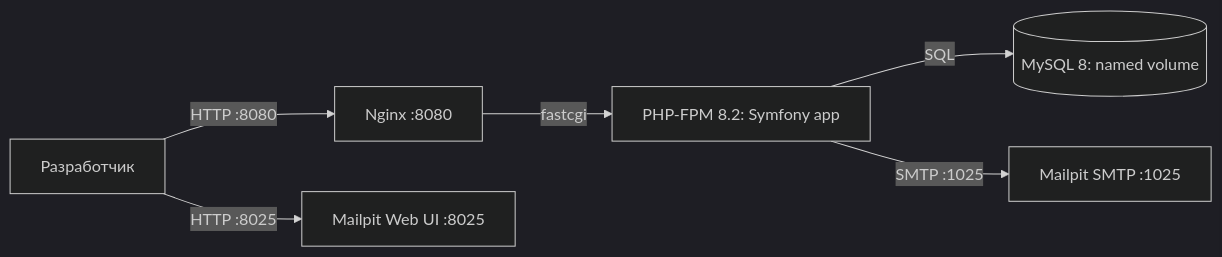
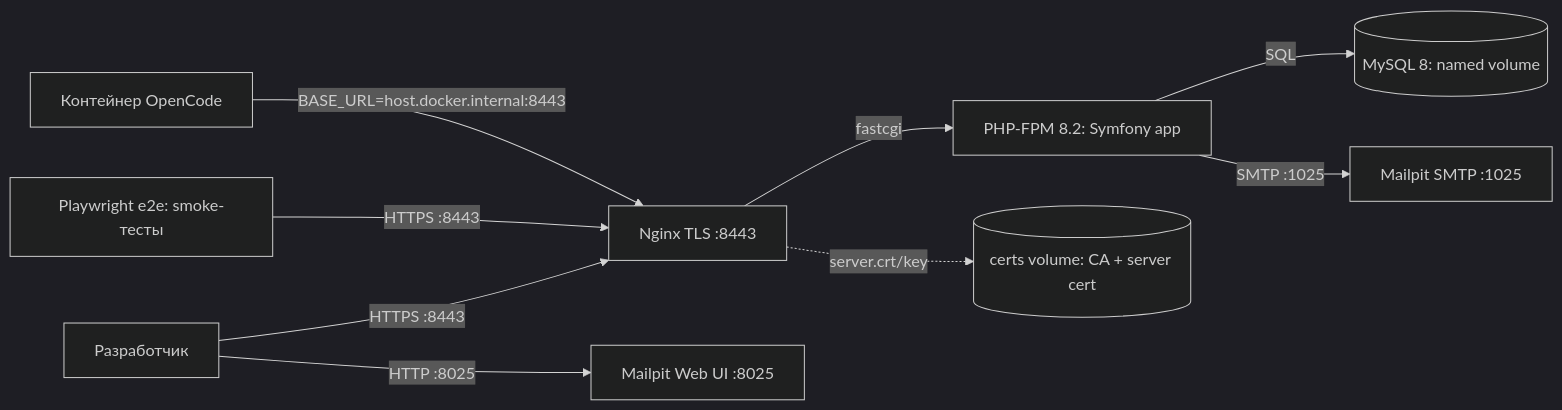
One commit to AliakseiBurak/crm-b2b-call changed the diagram in openspec/changes/initial-docker-setup/design.md. Above: the diagram before and after it, drawn with Mermaid (dark theme). The commit also changed other lines of this file and 2 other files, not shown here.

Commit message:
plan: initial-docker-setup — HTTPS b2b-crm.loc:8443, self-signed CA, Playwright e2e (service + OpenCode)

````diff
--- a/openspec/changes/initial-docker-setup/design.md
+++ b/openspec/changes/initial-docker-setup/design.md
@@ -100,8 +161,11 @@
 ```mermaid
 flowchart LR
-    Dev[Разработчик] -->|HTTP :8080| Nginx[Nginx :8080]
+    Dev[Разработчик] -->|HTTPS :8443| Nginx[Nginx TLS :8443]
     Nginx -->|fastcgi| Php[PHP-FPM 8.2: Symfony app]
     Php -->|SQL| MySQL[(MySQL 8: named volume)]
     Php -->|SMTP :1025| Mailpit[Mailpit SMTP :1025]
     Dev -->|HTTP :8025| MailpitUI[Mailpit Web UI :8025]
+    Nginx -.->|server.crt/key| Certs[(certs volume: CA + server cert)]
+    E2e[Playwright e2e: smoke-тесты] -->|HTTPS :8443| Nginx
+    OC[Контейнер OpenCode] -->|BASE_URL=host.docker.internal:8443| Nginx
 ```
````
